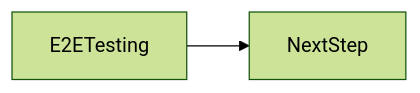
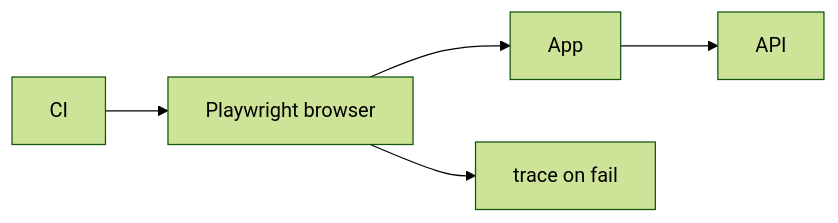
One commit to OmidJavaherii/Frontend-Engineering-Handbook changed the second of 2 diagrams in docs/en/16-testing/e2e-testing/index.md. Above: the diagram before and after it, drawn with Mermaid (forest theme). The commit also changed other lines of this file and 461 other files, not shown here.

````diff
--- a/docs/en/16-testing/e2e-testing/index.md
+++ b/docs/en/16-testing/e2e-testing/index.md
@@ -94,4 +113,7 @@
 ```mermaid
 flowchart LR
-  concept[E2ETesting] --> nextStep[NextStep]
+  CI --> Browser[Playwright browser]
+  Browser --> App
+  App --> API
+  Browser --> Trace[trace on fail]
 ```
````
